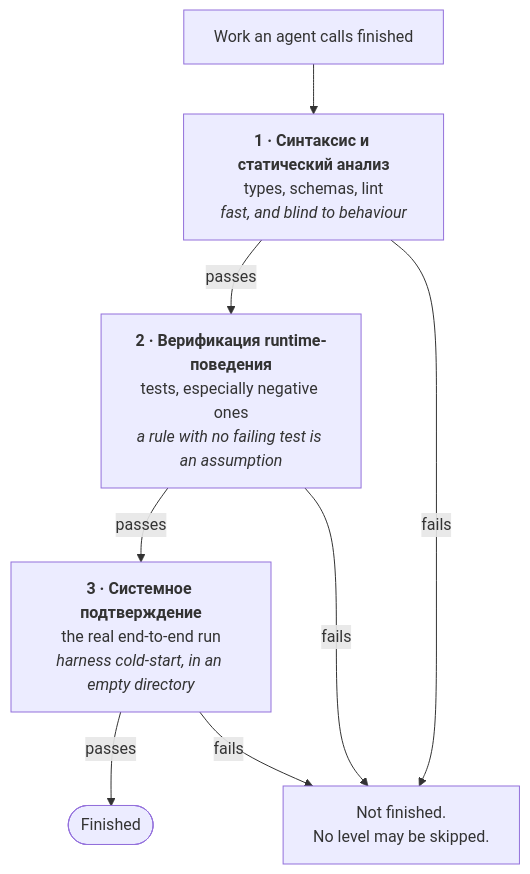
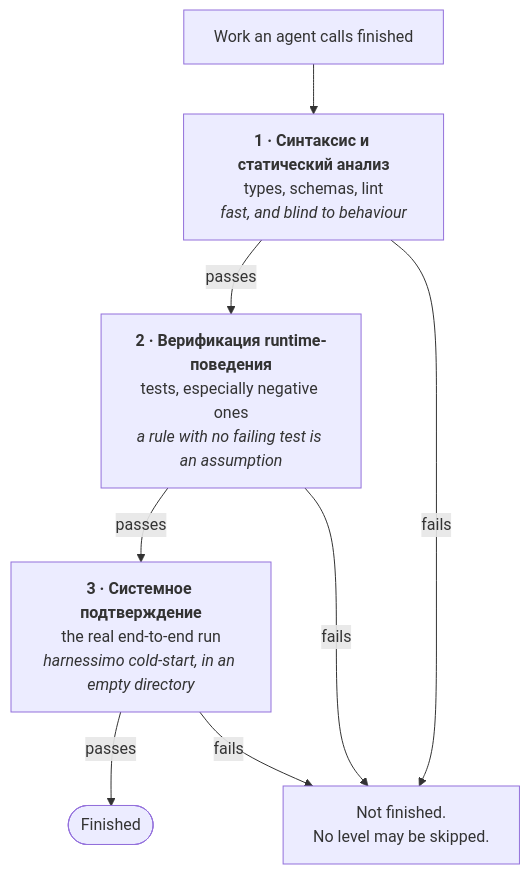
One commit to atamaniuc/Harnessimo changed the second of 3 diagrams in docs/STANDARD.md. Above: the diagram before and after it, drawn with Mermaid. The commit also changed other lines of this file and 39 other files, not shown here.

````diff
--- a/docs/STANDARD.md
+++ b/docs/STANDARD.md
@@ -155,13 +155,13 @@
 ```mermaid
 flowchart TD
     W["Work an agent calls finished"] --> L1
 
     L1["<b>1 · Синтаксис и статический анализ</b><br/>types, schemas, lint<br/><i>fast, and blind to behaviour</i>"]
     L1 -- passes --> L2["<b>2 · Верификация runtime-поведения</b><br/>tests, especially negative ones<br/><i>a rule with no failing test is an assumption</i>"]
-    L2 -- passes --> L3["<b>3 · Системное подтверждение</b><br/>the real end-to-end run<br/><i>harness cold-start, in an empty directory</i>"]
+    L2 -- passes --> L3["<b>3 · Системное подтверждение</b><br/>the real end-to-end run<br/><i>harnessimo cold-start, in an empty directory</i>"]
     L3 -- passes --> DONE(["Finished"])
 
     L1 -- fails --> BACK["Not finished.<br/>No level may be skipped."]
     L2 -- fails --> BACK
     L3 -- fails --> BACK
 ```
````
